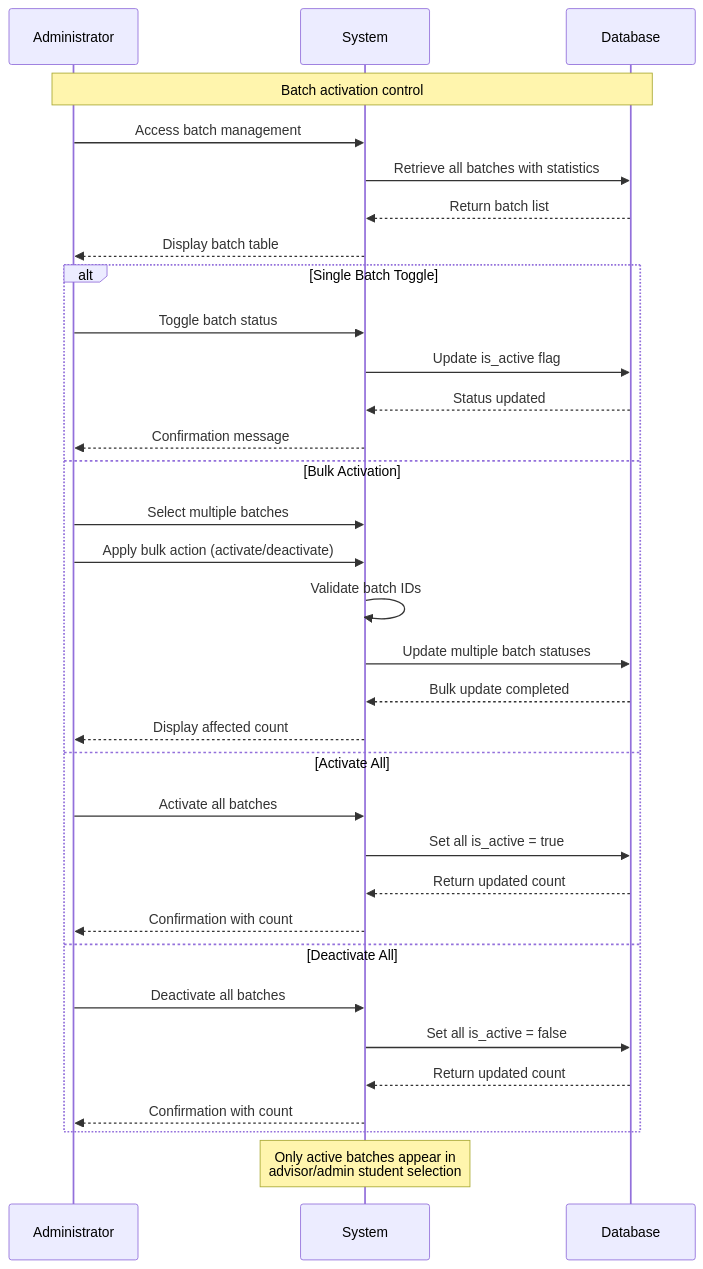
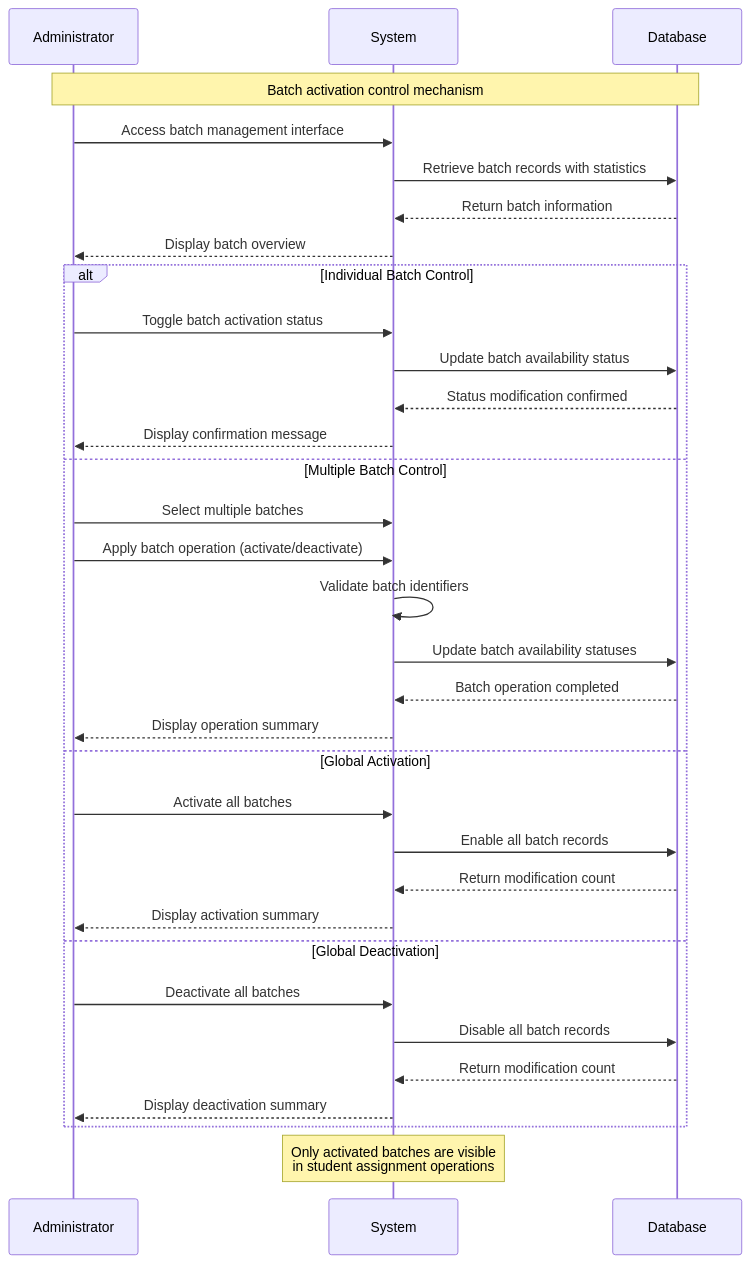
One commit to abdullah2323442/thesisrepo-backup changed diagram 31 of 36 in sequence-academic.md. Above: the diagram before and after it, drawn with Mermaid. The commit also changed other lines of this file, not shown here.

Commit message:
update sequence academic md

````diff
--- a/sequence-academic.md
+++ b/sequence-academic.md
@@ -1087,39 +1087,39 @@
 ```mermaid
 sequenceDiagram
     participant Administrator
     participant System
     participant Database
 
-    Note over Administrator,Database: Batch activation control
+    Note over Administrator,Database: Batch activation control mechanism
     
-    Administrator->>System: Access batch management
-    System->>Database: Retrieve all batches with statistics
-    Database-->>System: Return batch list
-    System-->>Administrator: Display batch table
+    Administrator->>System: Access batch management interface
+    System->>Database: Retrieve batch records with statistics
+    Database-->>System: Return batch information
+    System-->>Administrator: Display batch overview
     
-    alt Single Batch Toggle
-        Administrator->>System: Toggle batch status
-        System->>Database: Update is_active flag
-        Database-->>System: Status updated
-        System-->>Administrator: Confirmation message
-    else Bulk Activation
+    alt Individual Batch Control
+        Administrator->>System: Toggle batch activation status
+        System->>Database: Update batch availability status
+        Database-->>System: Status modification confirmed
+        System-->>Administrator: Display confirmation message
+    else Multiple Batch Control
         Administrator->>System: Select multiple batches
-        Administrator->>System: Apply bulk action (activate/deactivate)
-        System->>System: Validate batch IDs
-        System->>Database: Update multiple batch statuses
-        Database-->>System: Bulk update completed
-        System-->>Administrator: Display affected count
-    else Activate All
+        Administrator->>System: Apply batch operation (activate/deactivate)
+        System->>System: Validate batch identifiers
+        System->>Database: Update batch availability statuses
+        Database-->>System: Batch operation completed
+        System-->>Administrator: Display operation summary
+    else Global Activation
         Administrator->>System: Activate all batches
-        System->>Database: Set all is_active = true
-        Database-->>System: Return updated count
-        System-->>Administrator: Confirmation with count
-    else Deactivate All
+        System->>Database: Enable all batch records
+        Database-->>System: Return modification count
+        System-->>Administrator: Display activation summary
+    else Global Deactivation
         Administrator->>System: Deactivate all batches
-        System->>Database: Set all is_active = false
-        Database-->>System: Return updated count
-        System-->>Administrator: Confirmation with count
+        System->>Database: Disable all batch records
+        Database-->>System: Return modification count
+        System-->>Administrator: Display deactivation summary
     end
     
-    Note over System: Only active batches appear in<br/>advisor/admin student selection
+    Note over System: Only activated batches are visible<br/>in student assignment operations
 ```
````
